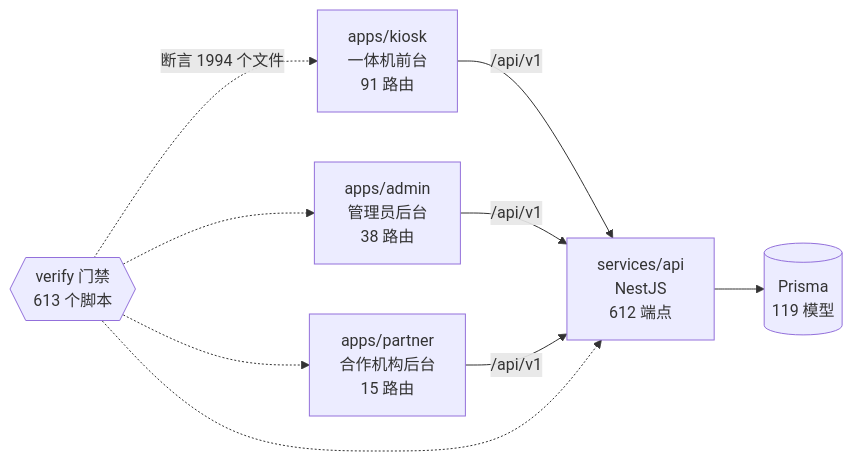
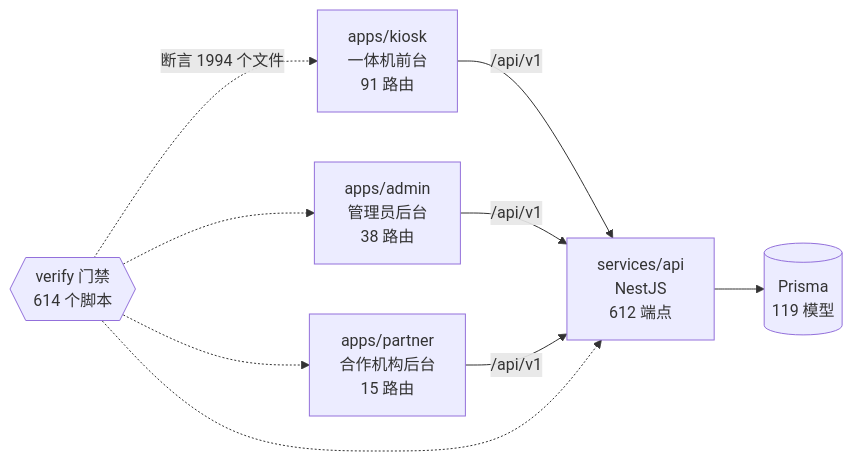
The diagram in docs/graph/README.md (wanglei581/YITIJI), drawn with Mermaid before and after one commit. The commit also changed other lines of this file and 11 other files, not shown here.

````diff
--- a/docs/graph/README.md
+++ b/docs/graph/README.md
@@ -68,18 +68,18 @@
 ```mermaid
 flowchart LR
   kiosk["apps/kiosk<br/>一体机前台<br/>91 路由"]
   admin["apps/admin<br/>管理员后台<br/>38 路由"]
   partner["apps/partner<br/>合作机构后台<br/>15 路由"]
   api["services/api<br/>NestJS<br/>612 端点"]
   db[("Prisma<br/>119 模型")]
-  gates{{"verify 门禁<br/>613 个脚本"}}
+  gates{{"verify 门禁<br/>614 个脚本"}}
 
   kiosk -->|"/api/v1"| api
   admin -->|"/api/v1"| api
   partner -->|"/api/v1"| api
   api --> db
   gates -.->|"断言 1994 个文件"| kiosk
   gates -.-> admin
   gates -.-> partner
   gates -.-> api
 ```
````
